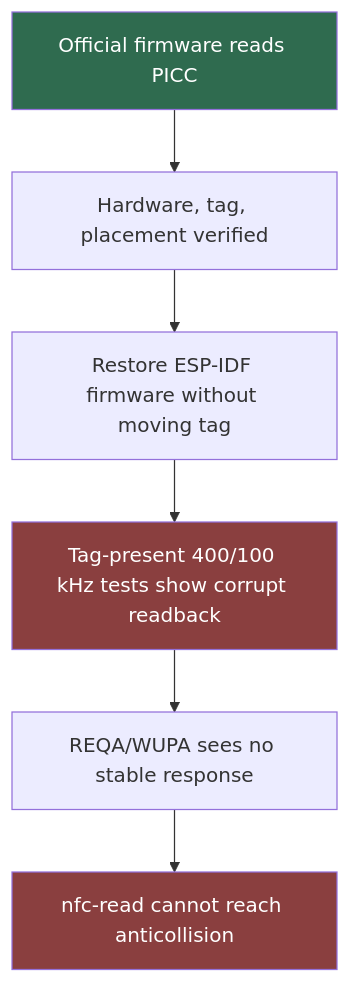
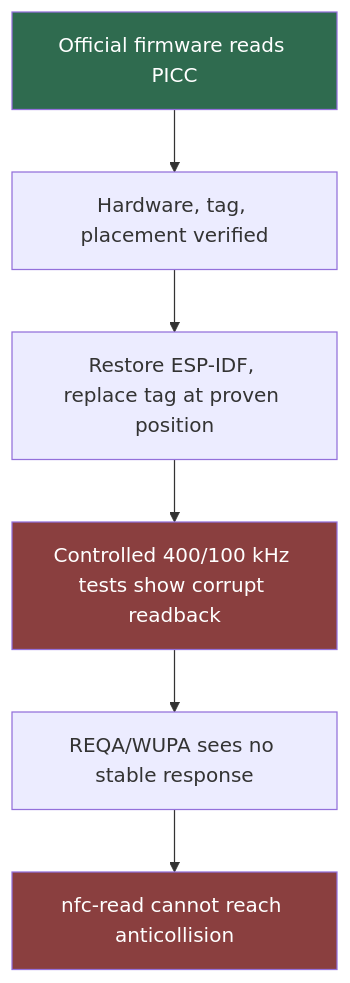
The third of 3 diagrams in Projects/2026/08/21/ARTICLE - M5StackChan NFC - Porting the ST25R3916 Reader to ESP-IDF.md (go-go-golems/go-go-parc), drawn with Mermaid before and after one commit.

Commit message:
Clarify controlled tag-present NFC test sequence

````diff
--- a/Projects/2026/08/21/ARTICLE - M5StackChan NFC - Porting the ST25R3916 Reader to ESP-IDF.md
+++ b/Projects/2026/08/21/ARTICLE - M5StackChan NFC - Porting the ST25R3916 Reader to ESP-IDF.md
@@ -547,12 +547,12 @@
 ```mermaid
 flowchart TD
     A["Official firmware reads PICC"] --> B["Hardware, tag, placement verified"]
-    B --> C["Restore ESP-IDF firmware without moving tag"]
-    C --> D["Tag-present 400/100 kHz tests show corrupt readback"]
+    B --> C["Restore ESP-IDF, replace tag at proven position"]
+    C --> D["Controlled 400/100 kHz tests show corrupt readback"]
     D --> E["REQA/WUPA sees no stable response"]
     E --> F["nfc-read cannot reach anticollision"]
 
     style A fill:#2f6b4f,color:#fff
     style D fill:#8a3f3f,color:#fff
     style F fill:#8a3f3f,color:#fff
 ```
````
